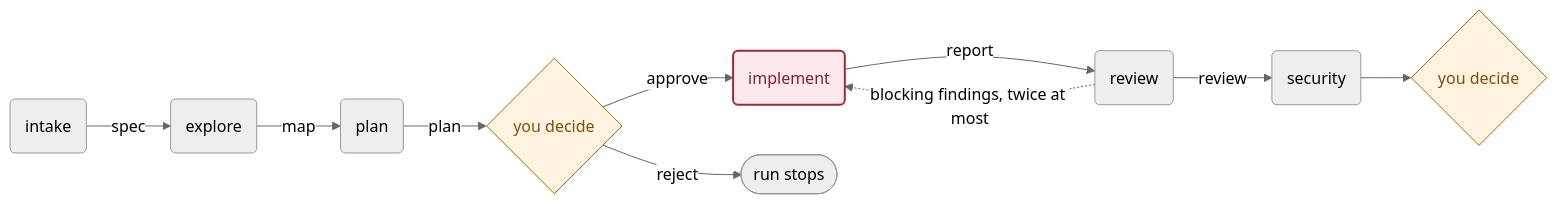
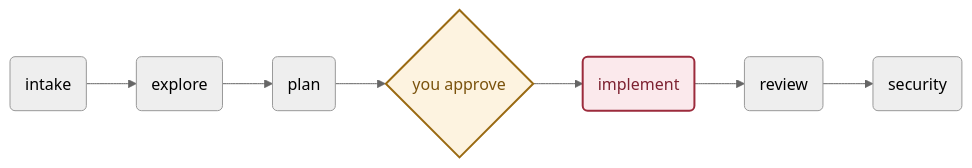
Before and after one commit to AleAlle62/task-flow-ai: the first of 4 diagrams in README.md, drawn with Mermaid (neutral theme). The commit also changed other lines of this file, not shown here.

````diff
--- a/README.md
+++ b/README.md
@@ -11,17 +11,9 @@
 ```mermaid
 flowchart LR
-    I(intake) -->|spec| E(explore)
-    E -->|map| P(plan)
-    P -->|plan| G{you decide}
-    G -->|approve| M(implement)
-    G -->|reject| X([run stops])
-    M -->|report| R(review)
-    R -->|review| S(security)
-    S --> D{you decide}
-    R -. blocking findings, twice at most .-> M
+    A(intake) --> B(explore) --> C(plan) --> STOP{you approve} --> D(implement) --> E(review) --> F(security)
 
     classDef writer fill:#fbe9ec,stroke:#9c2b3c,stroke-width:2px,color:#7d2231
-    classDef gate fill:#fdf3e0,stroke:#9a6a12,color:#7a520c
-    class M writer
-    class G,D gate
+    classDef gate fill:#fdf3e0,stroke:#9a6a12,stroke-width:2px,color:#7a520c
+    class D writer
+    class STOP gate
 ```
````
